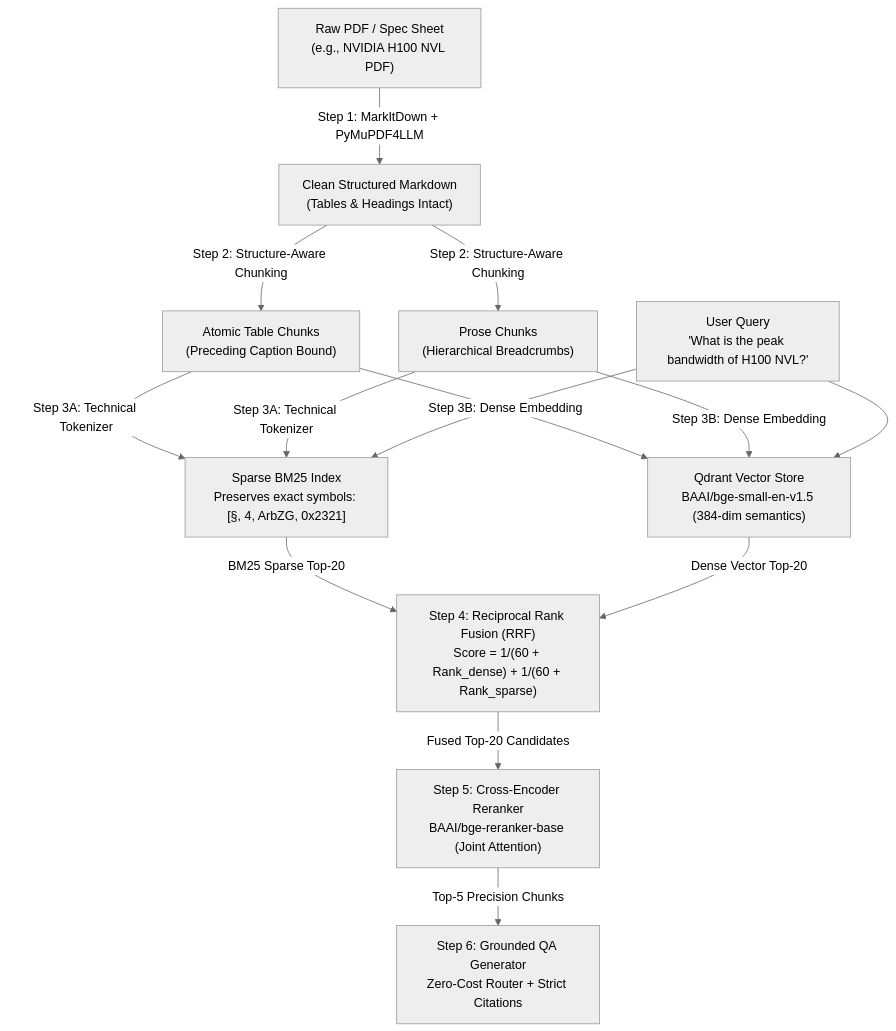
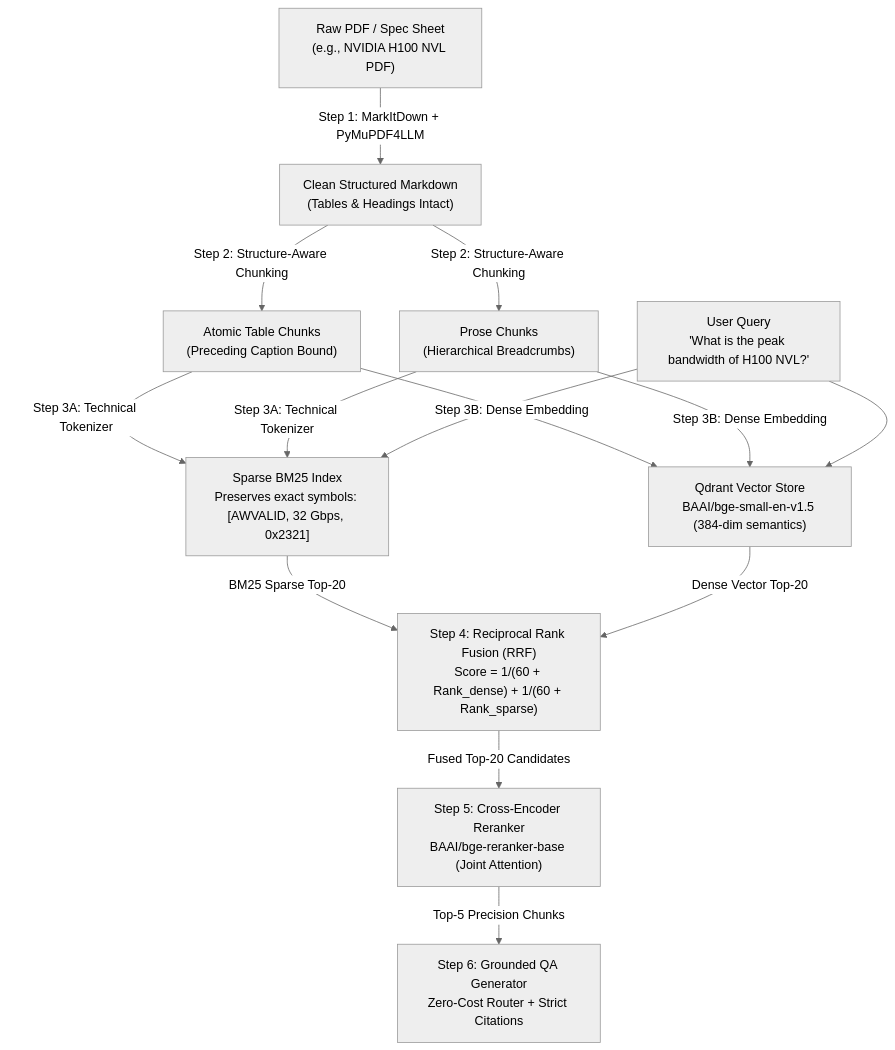
One commit to frasheed-dev/specrag changed the first of 8 diagrams in README.md. Above: the diagram before and after it, drawn with Mermaid (neutral theme). The commit also changed other lines of this file and 23 other files, not shown here.

````diff
--- a/README.md
+++ b/README.md
@@ -27,18 +27,18 @@
 ```mermaid
 flowchart TD
     A["Raw PDF / Spec Sheet\n(e.g., NVIDIA H100 NVL PDF)"] -->|Step 1: MarkItDown + PyMuPDF4LLM| B["Clean Structured Markdown\n(Tables & Headings Intact)"]
     
     B -->|Step 2: Structure-Aware Chunking| C1["Atomic Table Chunks\n(Preceding Caption Bound)"]
     B -->|Step 2: Structure-Aware Chunking| C2["Prose Chunks\n(Hierarchical Breadcrumbs)"]
     
-    C1 & C2 -->|Step 3A: Technical Tokenizer| D1["Sparse BM25 Index\nPreserves exact symbols: [§, 4, ArbZG, 0x2321]"]
+    C1 & C2 -->|Step 3A: Technical Tokenizer| D1["Sparse BM25 Index\nPreserves exact symbols: [AWVALID, 32 Gbps, 0x2321]"]
     C1 & C2 -->|Step 3B: Dense Embedding| D2["Qdrant Vector Store\nBAAI/bge-small-en-v1.5 (384-dim semantics)"]
     
     Q["User Query\n'What is the peak bandwidth of H100 NVL?'"] --> D1 & D2
     
     D1 -->|BM25 Sparse Top-20| F["Step 4: Reciprocal Rank Fusion (RRF)\nScore = 1/(60 + Rank_dense) + 1/(60 + Rank_sparse)"]
     D2 -->|Dense Vector Top-20| F
     
     F -->|Fused Top-20 Candidates| G["Step 5: Cross-Encoder Reranker\nBAAI/bge-reranker-base (Joint Attention)"]
     G -->|Top-5 Precision Chunks| H["Step 6: Grounded QA Generator\nZero-Cost Router + Strict Citations"]
 ```
````
